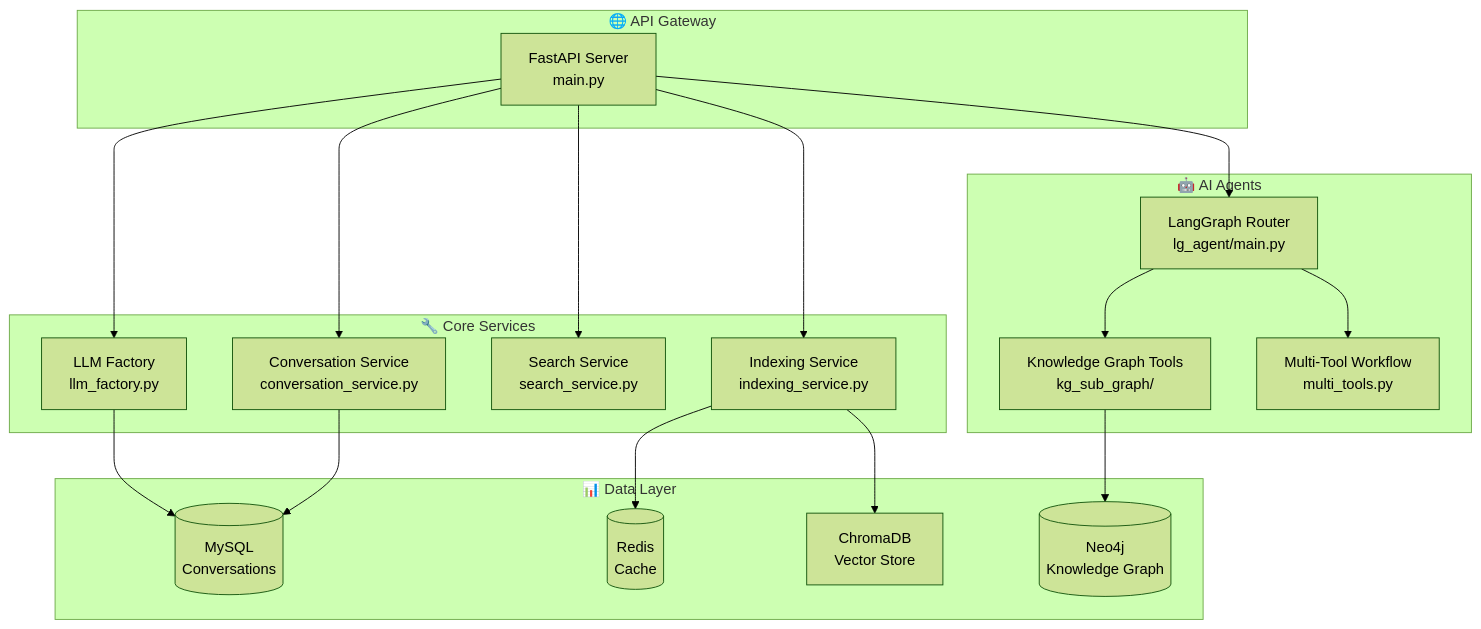
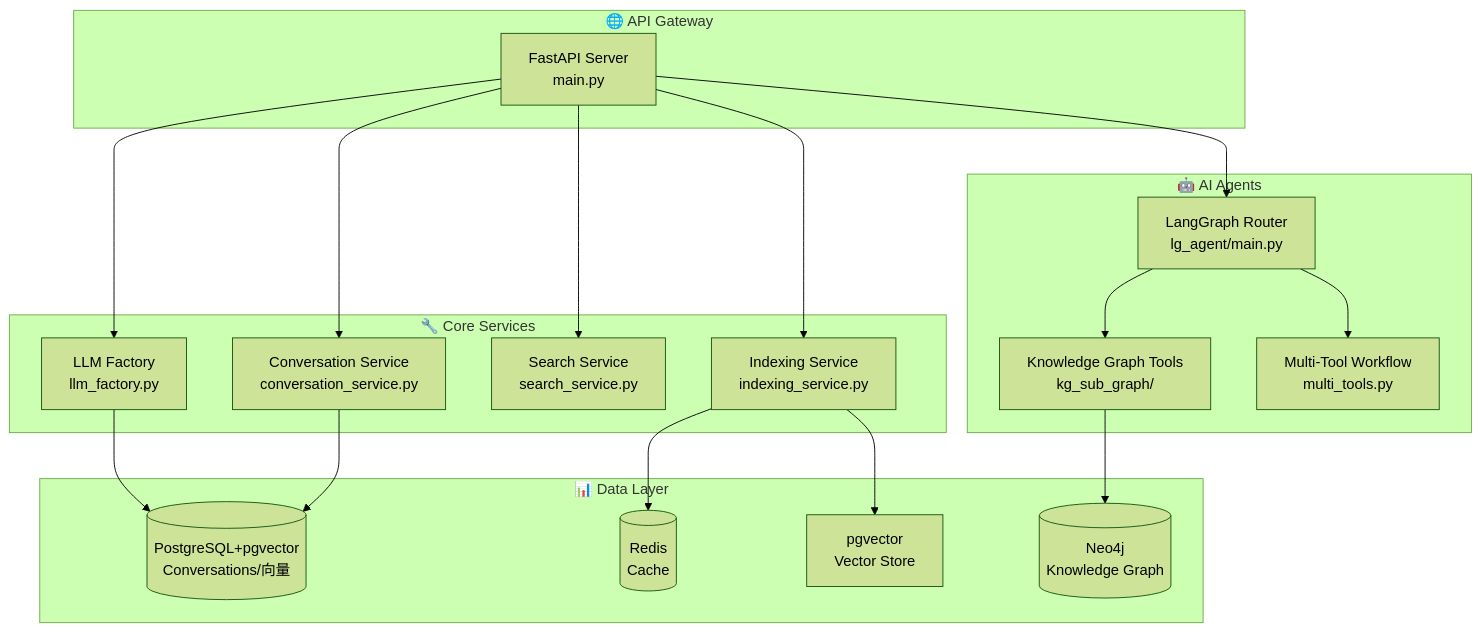
One commit to blowt16/SmartCS-Agent changed the diagram in llm_backend/README.md. Above: the diagram before and after it, drawn with Mermaid (forest theme). The commit also changed other lines of this file and 97 other files, not shown here.

First line of the commit message:
[config] 技术选型迁移：MySQL→PostgreSQL + ChromaDB→pgvector，Docker 部署与 Redis 共存

````diff
--- a/llm_backend/README.md
+++ b/llm_backend/README.md
@@ -15,40 +15,40 @@
 ```mermaid
 flowchart TB
     subgraph "🌐 API Gateway"
         A[FastAPI Server<br/>main.py]
     end
     
     subgraph "🔧 Core Services"
         B[LLM Factory<br/>llm_factory.py]
         C[Conversation Service<br/>conversation_service.py]
         D[Search Service<br/>search_service.py]
         E[Indexing Service<br/>indexing_service.py]
     end
     
     subgraph "🤖 AI Agents"
         F[LangGraph Router<br/>lg_agent/main.py]
         G[Knowledge Graph Tools<br/>kg_sub_graph/]
         H[Multi-Tool Workflow<br/>multi_tools.py]
     end
     
     subgraph "📊 Data Layer"
-        I[(MySQL<br/>Conversations)]
+        I[(PostgreSQL+pgvector<br/>Conversations/向量)]
         J[(Neo4j<br/>Knowledge Graph)]
         K[(Redis<br/>Cache)]
-        L[ChromaDB<br/>Vector Store]
+        L[pgvector<br/>Vector Store]
     end
     
     A --> B
     A --> C
     A --> D
     A --> E
     A --> F
     
     B --> I
     C --> I
     F --> G
     F --> H
     G --> J
     E --> K
     E --> L
 ```
````
